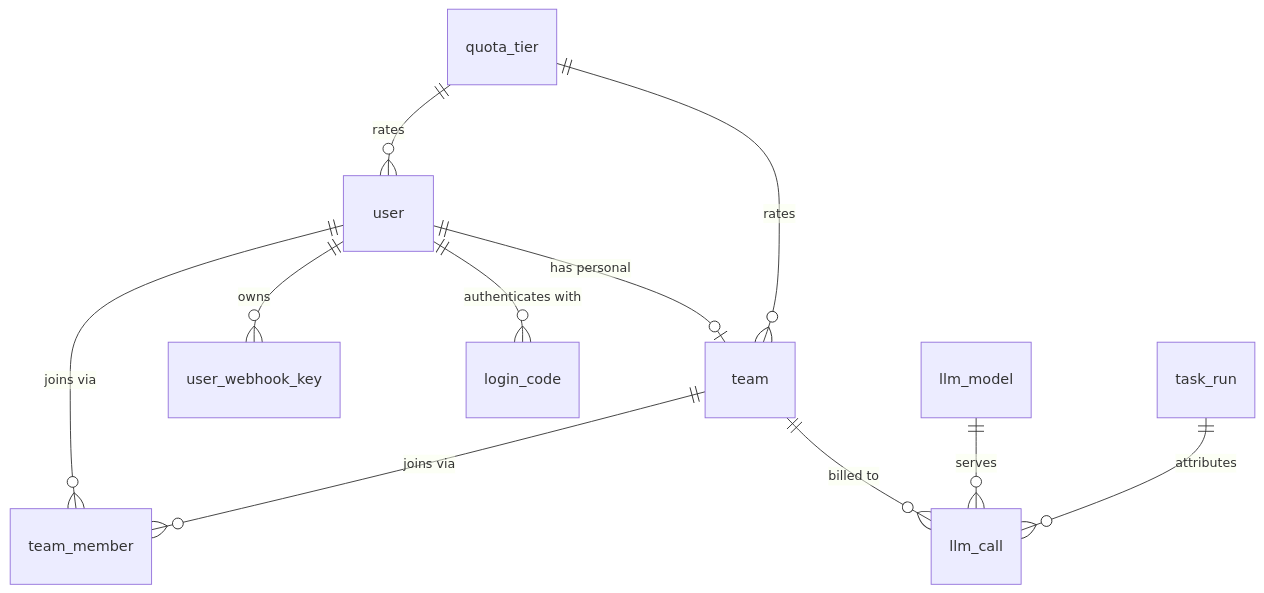
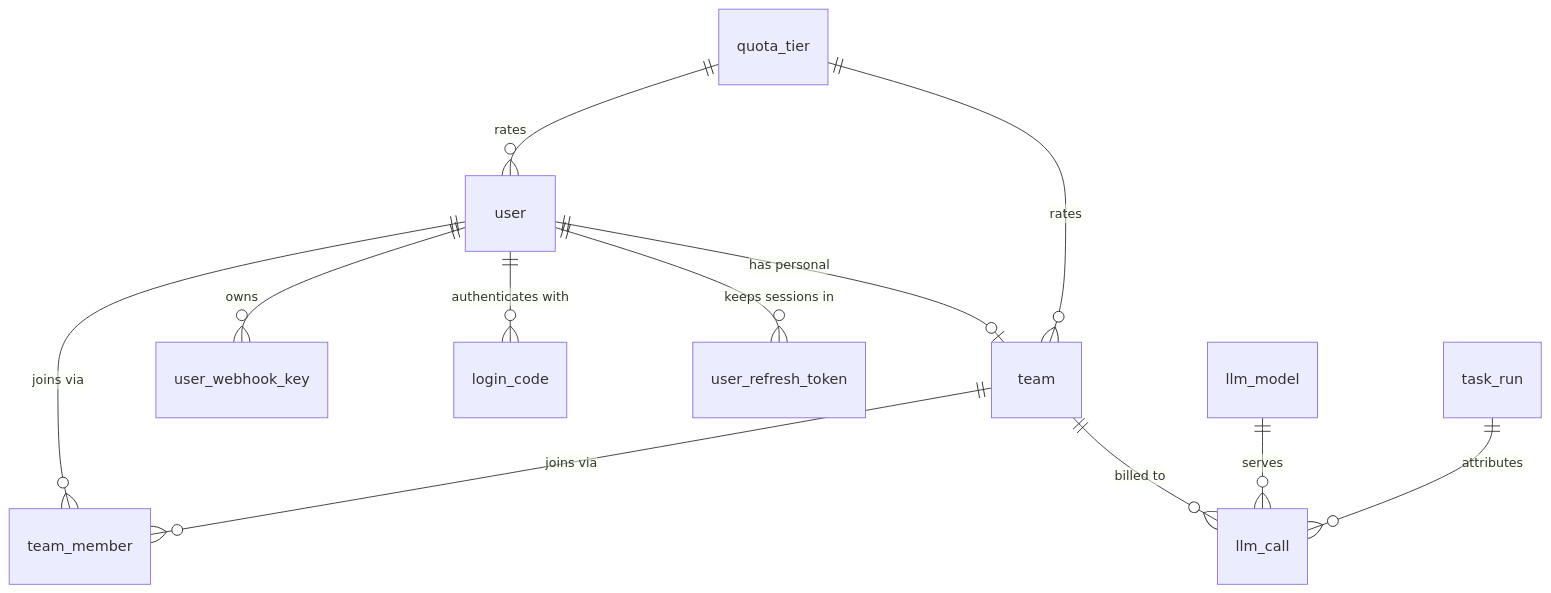
The second of 2 diagrams in docs/contribute/architecture/data-model.md (gougoujiang/buildmax), drawn with Mermaid before and after one commit. The commit also changed other lines of this file and 77 other files, not shown here.

````diff
--- a/docs/contribute/architecture/data-model.md
+++ b/docs/contribute/architecture/data-model.md
@@ -98,13 +98,14 @@
 ```mermaid
 erDiagram
     user ||--o{ team_member : "joins via"
     team ||--o{ team_member : "joins via"
     user ||--o| team : "has personal"
     quota_tier ||--o{ user : rates
     quota_tier ||--o{ team : rates
     user ||--o{ user_webhook_key : owns
     user ||--o{ login_code : "authenticates with"
+    user ||--o{ user_refresh_token : "keeps sessions in"
     team ||--o{ llm_call : "billed to"
     llm_model ||--o{ llm_call : serves
     task_run ||--o{ llm_call : attributes
 ```
````
